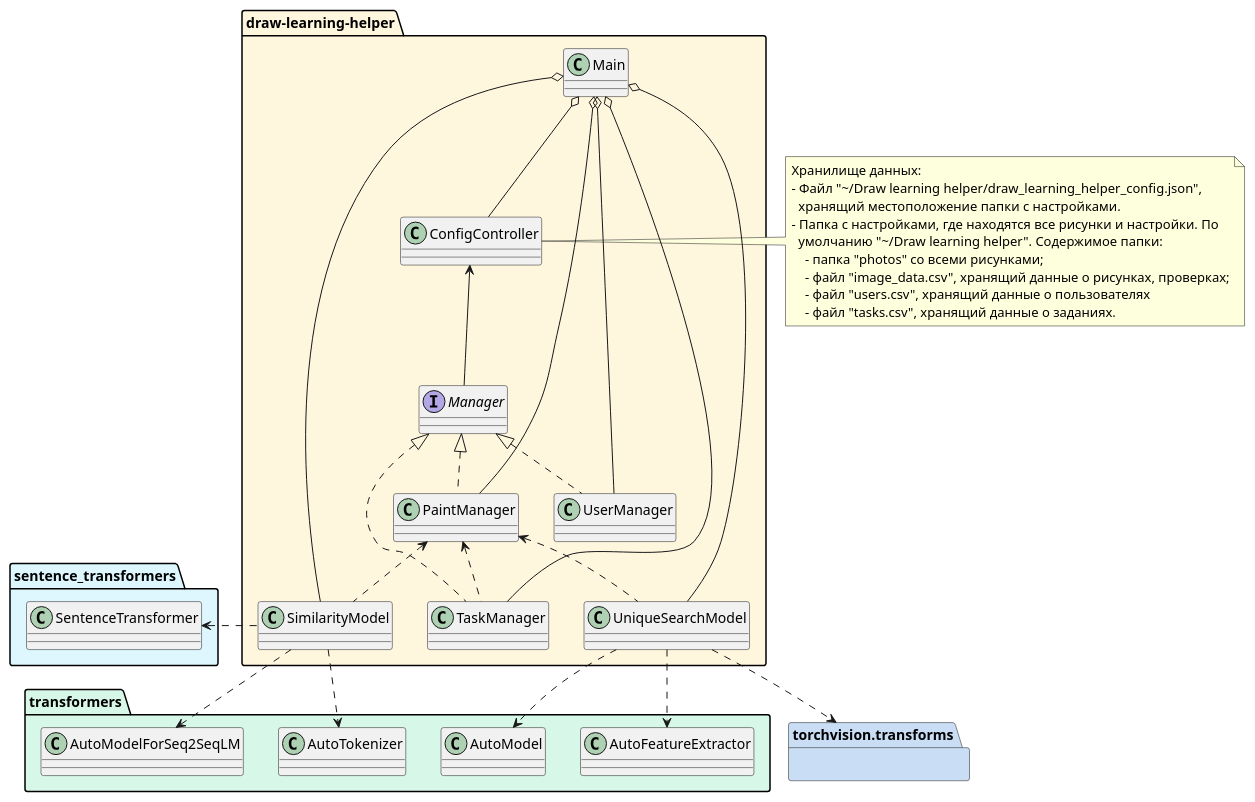
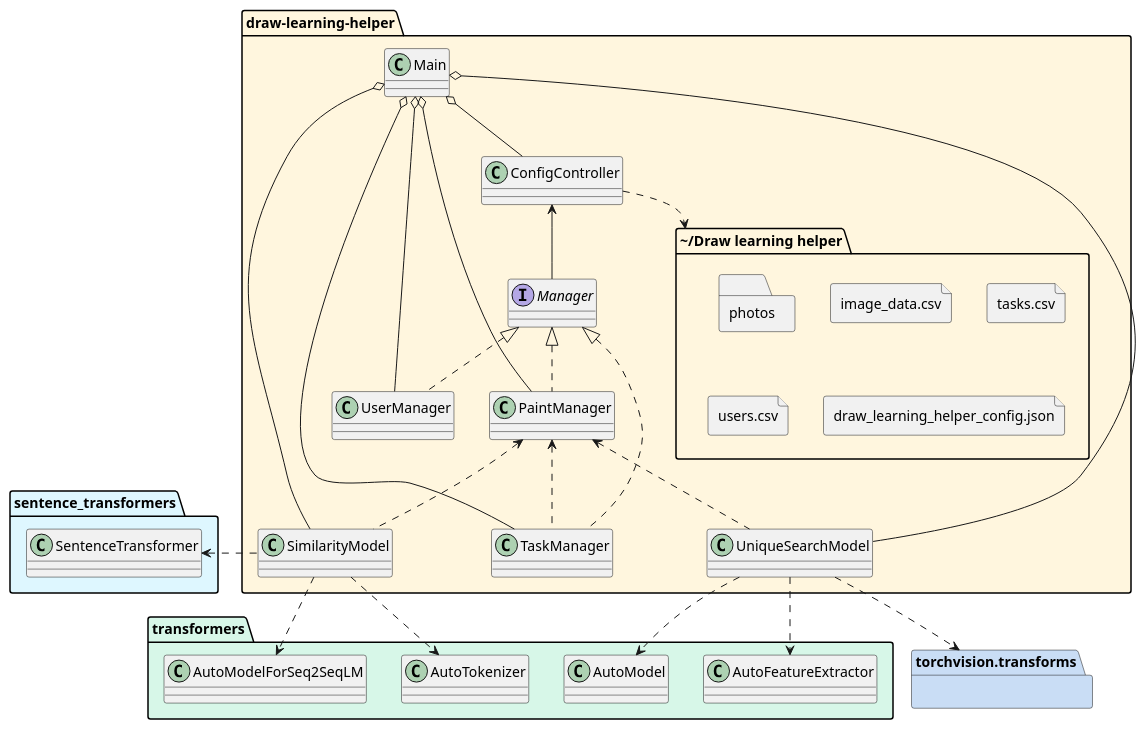
One commit to lruns/draw-learning-helper changed the diagram in docs/classes-compact.plantuml. Above: the diagram before and after it, drawn with PlantUML. The commit also changed 6 other files, not shown here.

```diff
--- a/docs/classes-compact.plantuml
+++ b/docs/classes-compact.plantuml
@@ -1,60 +1,69 @@
-@startuml classes
+@startuml
 set namespaceSeparator none
+allowmixing
+
 package "draw-learning-helper" #fff6de {
     class ConfigController
     interface Manager
     class PaintManager implements Manager
     class SimilarityModel
     class TaskManager implements Manager
     class UniqueSearchModel
     class UserManager implements Manager
     class Main
+    folder "\~/Draw learning helper" {
+        folder "photos"
+        file "image_data.csv"
+        file "tasks.csv"
+        file "users.csv"
+        file "draw_learning_helper_config.json"
+    }
 }
 
 package "sentence_transformers" #def7ff {
     class SentenceTransformer
 }
 
 package "transformers" #d7f7e8 {
     class AutoTokenizer
     class AutoModelForSeq2SeqLM
     class AutoFeatureExtractor
     class AutoModel
 }
 
 package "torchvision.transforms" #c9ddf5 {}
 
 
 
 Main o-- UniqueSearchModel
 Main o-- SimilarityModel
 Main o-- ConfigController
 Main o-- PaintManager
 Main o-- UserManager
 Main o-- TaskManager
 ConfigController <-- Manager
 PaintManager <.. SimilarityModel
 PaintManager <.. UniqueSearchModel
 PaintManager <.. TaskManager
 SimilarityModel.u>SentenceTransformer
 SimilarityModel..>AutoTokenizer
 SimilarityModel..>AutoModelForSeq2SeqLM
 UniqueSearchModel..>AutoFeatureExtractor
 UniqueSearchModel..>AutoModel
 UniqueSearchModel..>torchvision.transforms
-
-note left of ConfigController
-    Хранилище данных:
-    - Файл "\~/Draw learning helper/draw_learning_helper_config.json",
-      хранящий местоположение папки с настройками.
-    - Папка с настройками, где находятся все рисунки и настройки. По
-      умолчанию "\~/Draw learning helper". Содержимое папки:
-        - папка "photos" со всеми рисунками;
-        - файл "image_data.csv", хранящий данные о рисунках, проверках;
-        - файл "users.csv", хранящий данные о пользователях
-        - файл "tasks.csv", хранящий данные о заданиях.
-end note
+ConfigController ..> "\~/Draw learning helper"
 
 
+'note left of ConfigController
+'    Хранилище данных:
+'    - Файл "\~/Draw learning helper/draw_learning_helper_config.json",
+'      хранящий местоположение папки с настройками.
+'    - Папка с настройками, где находятся все рисунки и настройки. По
+'      умолчанию "\~/Draw learning helper". Содержимое папки:
+'        - папка "photos" со всеми рисунками;
+'        - файл "image_data.csv", хранящий данные о рисунках, проверках;
+'        - файл "users.csv", хранящий данные о пользователях
+'        - файл "tasks.csv", хранящий данные о заданиях.
+'end note
 
 @enduml
```
